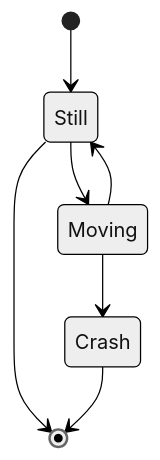
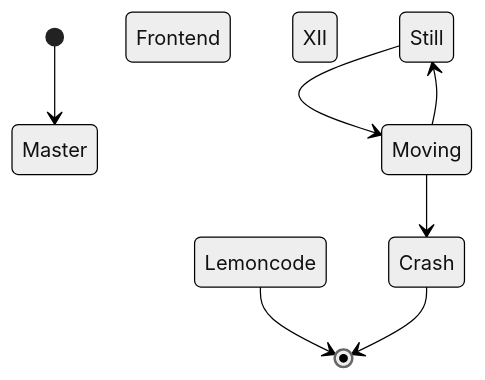
Before and after one commit to MiguelJiRo/Master-Frontend-XII-Lemoncode: the diagram in README.md, drawn with Mermaid (neutral theme).

````diff
--- a/README.md
+++ b/README.md
@@ -19,10 +19,10 @@
  ```mermaid
     stateDiagram
-        [*] --> Still
-        Still --> [*]
+        [*] --> Master Frontend XII Lemoncode
+        Master Frontend XII Lemoncode --> [*]
 
         Still --> Moving
         Moving --> Still
         Moving --> Crash
         Crash --> [*]
  ```
````
